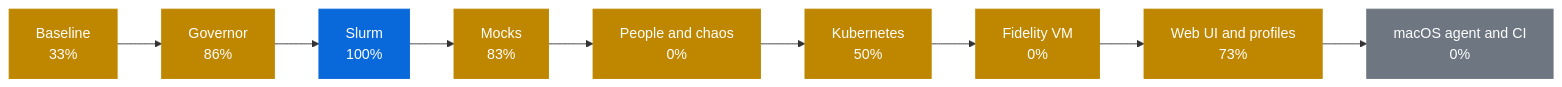
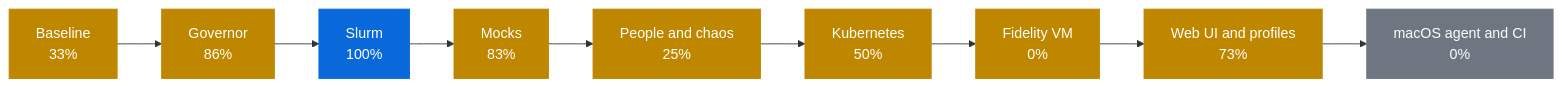
Before and after one commit to AhmedYousriSobhi/workbench: the first of 2 diagrams in docs/PROGRESS.md, drawn with Mermaid. The commit also changed other lines of this file and 20 other files, not shown here.

````diff
--- a/docs/PROGRESS.md
+++ b/docs/PROGRESS.md
@@ -10,17 +10,17 @@
 ```mermaid
 flowchart LR
     p0["Baseline<br/>33%"]:::partial
     p1["Governor<br/>86%"]:::partial
     p2["Slurm<br/>100%"]:::review
     p3["Mocks<br/>83%"]:::partial
-    p4["People and chaos<br/>0%"]:::partial
+    p4["People and chaos<br/>25%"]:::partial
     p5["Kubernetes<br/>50%"]:::partial
     p6["Fidelity VM<br/>0%"]:::partial
     p7["Web UI and profiles<br/>73%"]:::partial
     p8["macOS agent and CI<br/>0%"]:::todo
     p0 --> p1 --> p2 --> p3 --> p4 --> p5 --> p6 --> p7 --> p8
     classDef done fill:#1a7f37,stroke:#1a7f37,color:#fff
     classDef review fill:#0969da,stroke:#0969da,color:#fff
     classDef partial fill:#bf8700,stroke:#bf8700,color:#fff
     classDef todo fill:#6e7781,stroke:#6e7781,color:#fff
 ```
````
